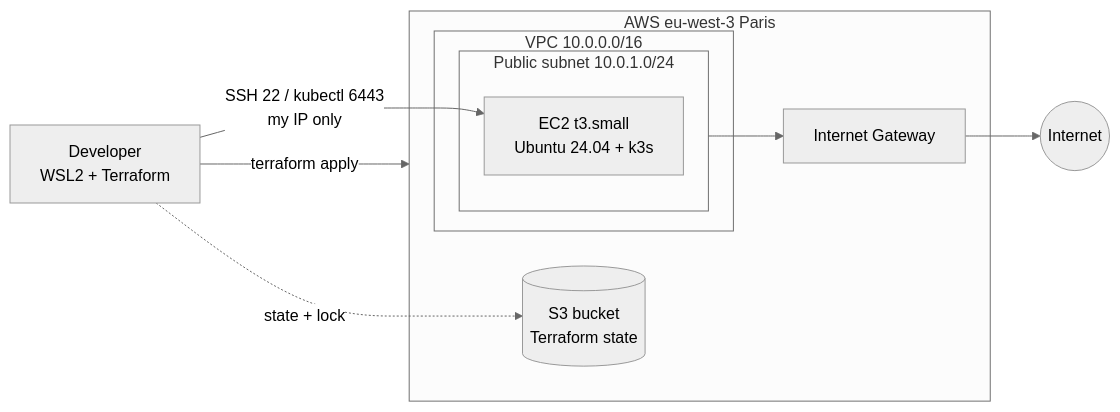
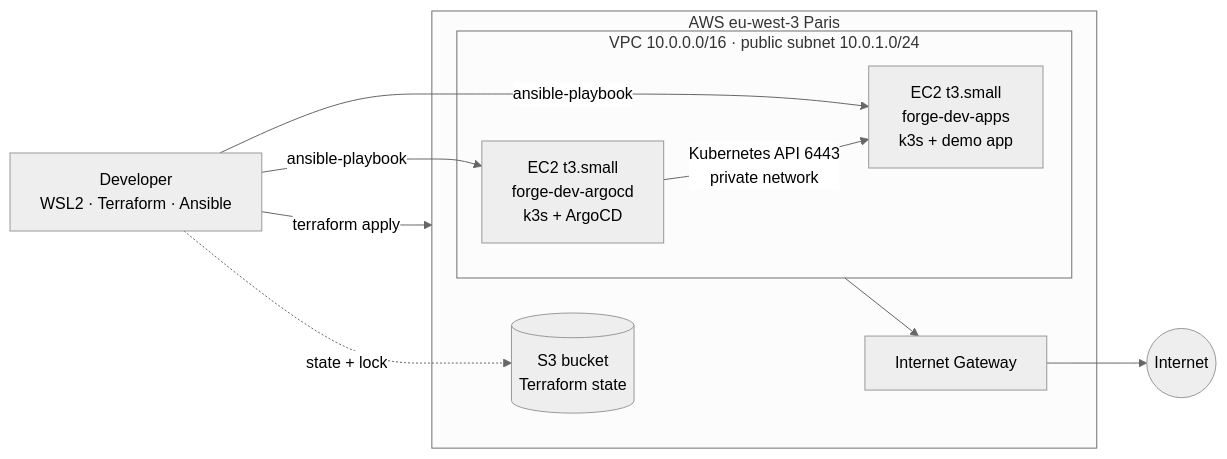
The diagram in README.md (Devil6sidekick/Forge), drawn with Mermaid (neutral theme) before and after one commit. The commit also changed other lines of this file and 3 other files, not shown here.

Commit message:
feat(infra-ansible): added 2nd instance for argocd/ split kubeconfig for each

````diff
--- a/README.md
+++ b/README.md
@@ -13,18 +13,19 @@
 ```mermaid
 flowchart LR
-    dev[Developer<br/>WSL2 + Terraform] -->|terraform apply| aws
+    dev[Developer<br/>WSL2 · Terraform · Ansible] -->|terraform apply| aws
+    dev -->|ansible-playbook| hub
+    dev -->|ansible-playbook| spoke
 
     subgraph aws[AWS eu-west-3 Paris]
         s3[(S3 bucket<br/>Terraform state)]
-        subgraph vpc[VPC 10.0.0.0/16]
-            subgraph subnet[Public subnet 10.0.1.0/24]
-                ec2[EC2 t3.small<br/>Ubuntu 24.04 + k3s]
-            end
+        subgraph vpc[VPC 10.0.0.0/16 · public subnet 10.0.1.0/24]
+            hub[EC2 t3.small<br/>forge-dev-argocd<br/>k3s + ArgoCD]
+            spoke[EC2 t3.small<br/>forge-dev-apps<br/>k3s + demo app]
         end
         igw[Internet Gateway]
     end
 
     dev -.->|state + lock| s3
-    dev -->|SSH 22 / kubectl 6443<br/>my IP only| ec2
-    subnet --> igw --> internet((Internet))
+    hub -->|Kubernetes API 6443<br/>private network| spoke
+    vpc --> igw --> internet((Internet))
 ```
````
